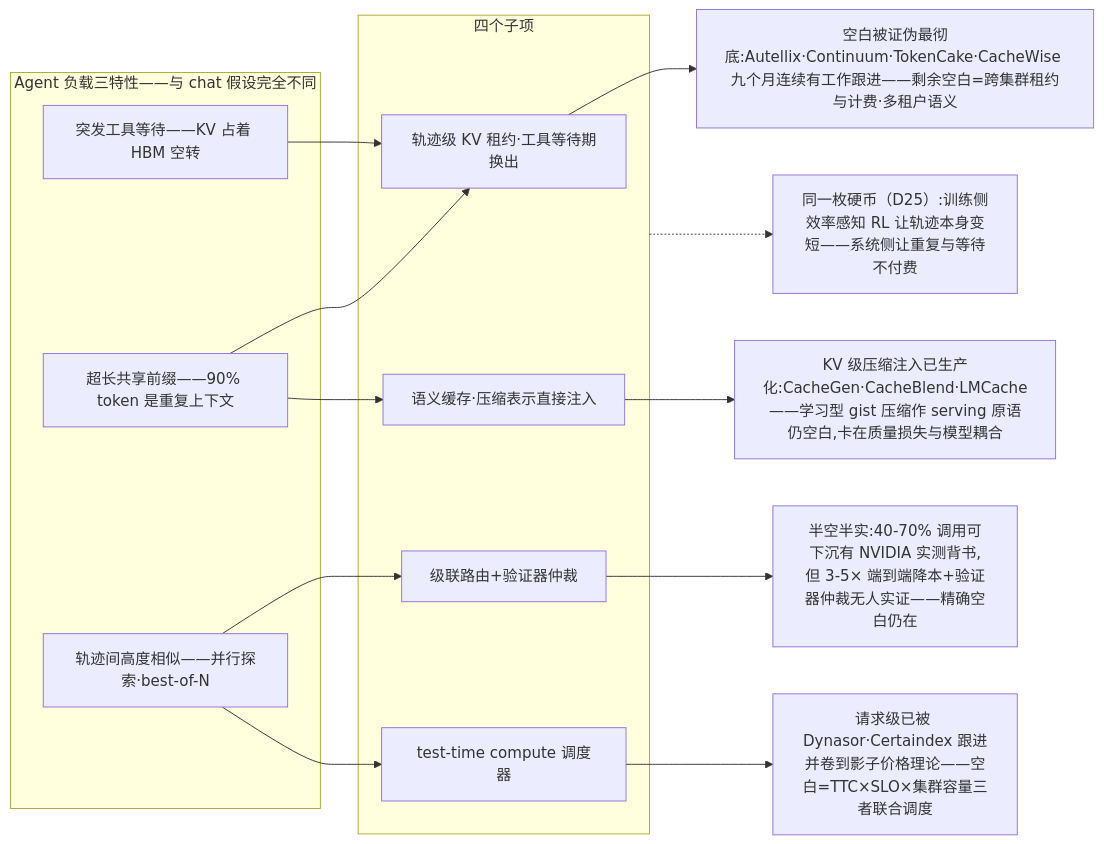
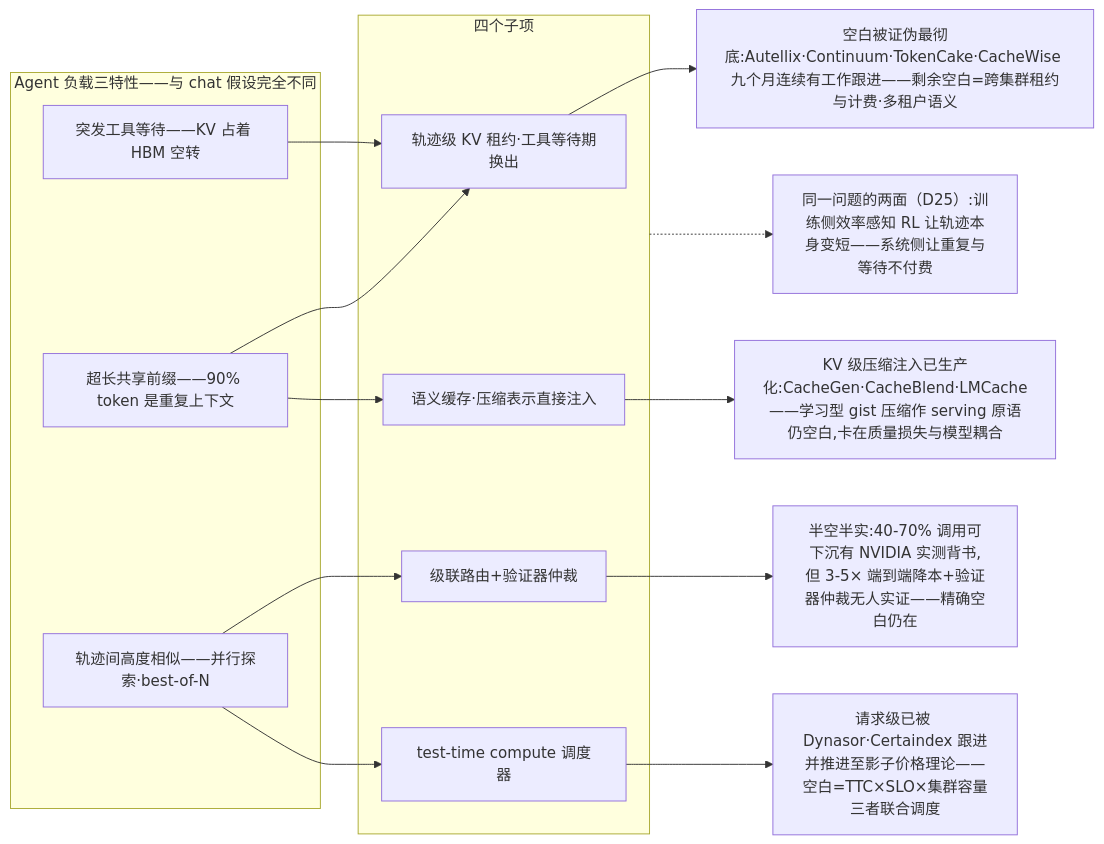
Before and after one commit to lloo099/mission44: the fourth of 5 diagrams in docs/blog/dispatch-26-inference-efficiency-map.md, drawn with Mermaid. The commit also changed other lines of this file and 24 other files, not shown here.

Commit message:
全站文风统一:29 篇按'专业简洁、去口语化'标准批量修订 — 确定性替换 100 处(崩法→失稳模式/洼地→空白领域/占坑→公开工作/黑箱→未公开/datatype 动物园→谱系/押注→投入/护城河→竞争壁垒 等)+ 8 个编辑 agent 分批逐句精修(D24 单篇 38 处;两轮均遇用量上限中断后续跑完成)+ blog.json 摘要 6 处 + 综述残留 2 处. 术语全站一致化; 29 文件 mermaid 全验证 0 errors; 快照页同步重建

````diff
--- a/docs/blog/dispatch-26-inference-efficiency-map.md
+++ b/docs/blog/dispatch-26-inference-efficiency-map.md
@@ -258,31 +258,31 @@
 ```mermaid
 flowchart LR
     subgraph TR ["Agent 负载三特性——与 chat 假设完全不同"]
         T1["超长共享前缀——90% token 是重复上下文"]
         T2["突发工具等待——KV 占着 HBM 空转"]
         T3["轨迹间高度相似——并行探索·best-of-N"]
     end
     subgraph SUB ["四个子项"]
         G1["轨迹级 KV 租约·工具等待期换出"]
         G2["级联路由+验证器仲裁"]
         G3["test-time compute 调度器"]
         G4["语义缓存·压缩表示直接注入"]
     end
     T1 --> G1
     T2 --> G1
     T1 --> G4
     T3 --> G2
     T3 --> G3
 
     V1["空白被证伪最彻底:Autellix·Continuum·TokenCake·CacheWise 九个月连续有工作跟进——剩余空白=跨集群租约与计费·多租户语义"]
     V2["半空半实:40-70% 调用可下沉有 NVIDIA 实测背书,但 3-5× 端到端降本+验证器仲裁无人实证——精确空白仍在"]
-    V3["请求级已被 Dynasor·Certaindex 跟进并卷到影子价格理论——空白=TTC×SLO×集群容量三者联合调度"]
+    V3["请求级已被 Dynasor·Certaindex 跟进并推进至影子价格理论——空白=TTC×SLO×集群容量三者联合调度"]
     V4["KV 级压缩注入已生产化:CacheGen·CacheBlend·LMCache——学习型 gist 压缩作 serving 原语仍空白,卡在质量损失与模型耦合"]
     G1 --> V1
     G2 --> V2
     G3 --> V3
     G4 --> V4
 
-    COIN["同一枚硬币（D25）:训练侧效率感知 RL 让轨迹本身变短——系统侧让重复与等待不付费"]
+    COIN["同一问题的两面（D25）:训练侧效率感知 RL 让轨迹本身变短——系统侧让重复与等待不付费"]
     SUB -.-> COIN
 ```
````
